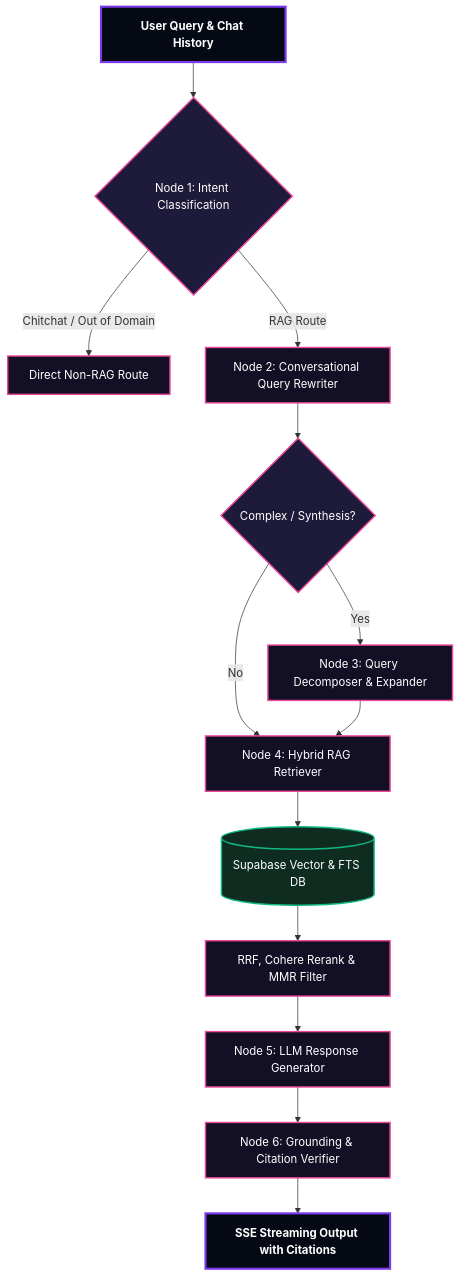
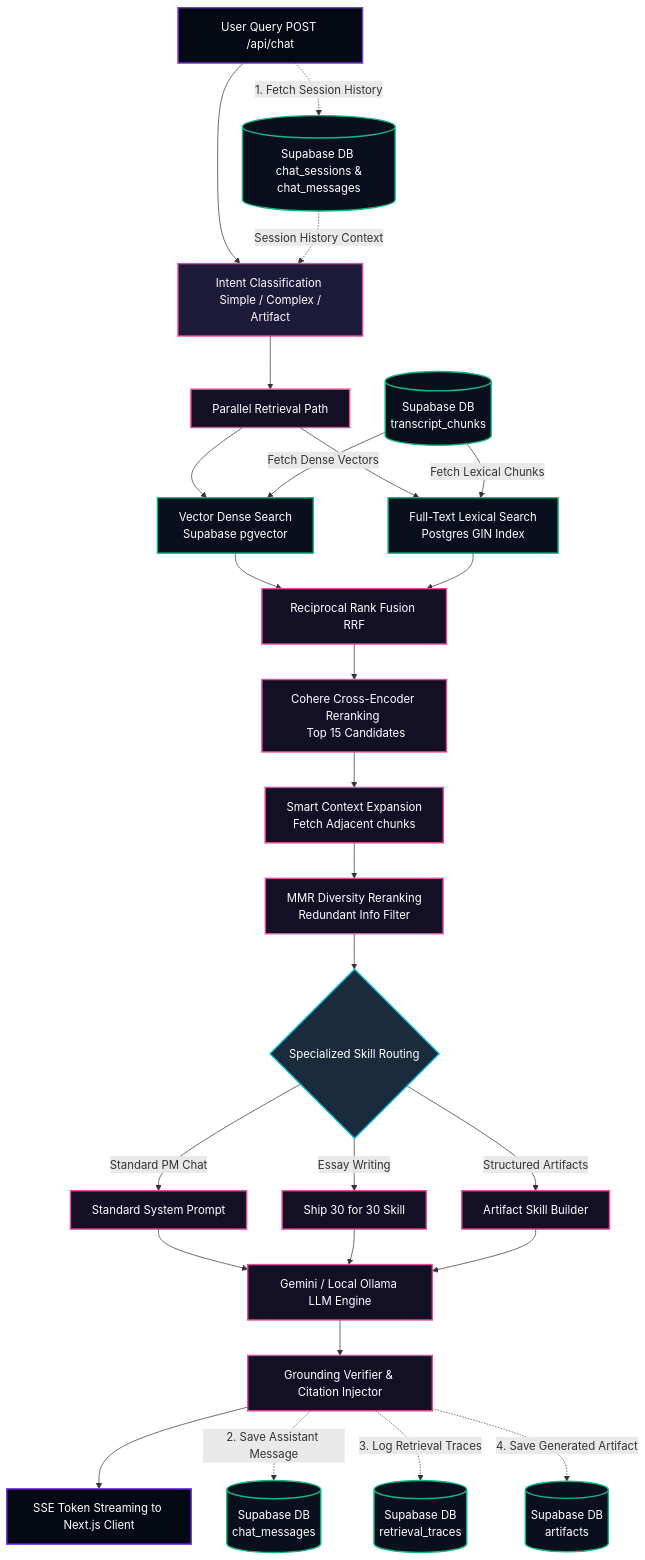
Before and after one commit to hemangjain17/Lennys-Assisstant: the third of 3 diagrams in docs/architecture.md, drawn with Mermaid. The commit also changed other lines of this file, not shown here.

Commit message:
docs: integrate dynamic database fetching and logging flows in architecture manual with comprehensive operational breakdown

````diff
--- a/docs/architecture.md
+++ b/docs/architecture.md
@@ -203,32 +165,52 @@
 ```mermaid
 flowchart TD
     %% Define Styles
-    classDef startEnd fill:#050914,stroke:#7C3AED,stroke-width:3px,color:#fff,font-weight:bold;
+    classDef client fill:#050914,stroke:#7C3AED,stroke-width:2px,color:#fff;
     classDef process fill:#131026,stroke:#EC4899,stroke-width:2px,color:#fff;
-    classDef decision fill:#181532,stroke:#06B6D4,stroke-width:2px,color:#fff;
     classDef db fill:#0A0F1D,stroke:#10B981,stroke-width:2px,color:#fff;
+    classDef routing fill:#181532,stroke:#06B6D4,stroke-width:2px,color:#fff;
 
     %% Nodes
-    A[User Query & Chat History]:::startEnd --> B{Node 1: Intent Classification}:::decision
+    A[User Query POST /api/chat]:::client --> B[Intent Classification <br/> Simple / Complex / Artifact]:::routing
     
-    B -- Chitchat / Out of Domain --> C[Direct Non-RAG Route]:::process
-    B -- RAG Route --> D[Node 2: Conversational Query Rewriter]:::process
+    %% DB fetching for history
+    A -.->|1. Fetch Session History| DB_Sessions[(Supabase DB <br/> chat_sessions & chat_messages)]:::db
+    DB_Sessions -.->|Session History Context| B
+
+    B --> C[Parallel Retrieval Path]:::process
     
-    D --> E{Complex / Synthesis?}:::decision
-    E -- Yes --> F[Node 3: Query Decomposer & Expander]:::process
-    E -- No --> G[Node 4: Hybrid RAG Retriever]:::process
+    C --> D[Vector Dense Search <br/> Supabase pgvector]:::db
+    C --> E[Full-Text Lexical Search <br/> Postgres GIN Index]:::db
     
-    F --> G
+    %% Read operations on chunks
+    DB_Chunks[(Supabase DB <br/> transcript_chunks)]:::db -->|Fetch Dense Vectors| D
+    DB_Chunks -->|Fetch Lexical Chunks| E
+
+    D --> F[Reciprocal Rank Fusion RRF]:::process
+    E --> F
     
-    G --> H[(Supabase Vector & FTS DB)]:::db
-    H --> I[RRF, Cohere Rerank & MMR Filter]:::process
-    I --> J[Node 5: LLM Response Generator]:::process
+    F --> G[Cohere Cross-Encoder Reranking <br/> Top 15 Candidates]:::process
+    G --> H[Smart Context Expansion <br/> Fetch Adjacent chunks]:::process
+    H --> I[MMR Diversity Reranking <br/> Redundant Info Filter]:::process
     
-    J --> K[Node 6: Grounding & Citation Verifier]:::process
-    K --> L[SSE Streaming Output with Citations]:::startEnd
+    I --> J{Specialized Skill Routing}:::routing
+    
+    J -- Standard PM Chat --> K[Standard System Prompt]:::process
+    J -- Essay Writing --> L[Ship 30 for 30 Skill]:::process
+    J -- Structured Artifacts --> M[Artifact Skill Builder]:::process
+    
+    K --> N[Gemini / Local Ollama LLM Engine]:::process
+    L --> N
+    M --> N
+    
+    N --> O[Grounding Verifier & Citation Injector]:::process
+    O --> P[SSE Token Streaming to Next.js Client]:::client
 
-    %% Assign styles to specific nodes
+    %% DB logging operations (Writes)
+    O -.->|2. Save Assistant Message| DB_Messages_Write[(Supabase DB <br/> chat_messages)]:::db
+    O -.->|3. Log Retrieval Traces| DB_Traces[(Supabase DB <br/> retrieval_traces)]:::db
+    O -.->|4. Save Generated Artifact| DB_Artifacts[(Supabase DB <br/> artifacts)]:::db
+
     style B fill:#1e1a3a,stroke:#EC4899
-    style E fill:#1e1a3a,stroke:#EC4899
-    style H fill:#0f2c20,stroke:#10B981
+    style J fill:#1a2b3c,stroke:#06B6D4
 ```
````
